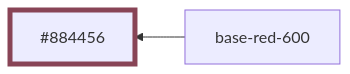
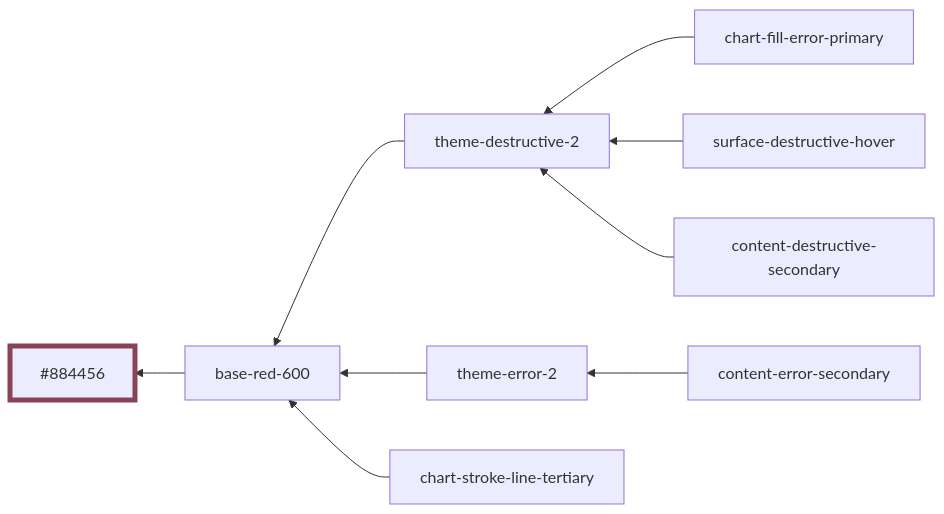
Diagram 12 of 29 in libs/ui/styles/themes/operator-mode.md (oxidecomputer/console), drawn with Mermaid before and after one commit. The commit also changed other lines of this file and 4 other files, not shown here.

````diff
--- a/libs/ui/styles/themes/operator-mode.md
+++ b/libs/ui/styles/themes/operator-mode.md
@@ -112,6 +166,13 @@
 ```mermaid
 graph RL
   base-red-600 --> #884456:::base-red-600
+  theme-destructive-2 --> base-red-600
+  theme-error-2 --> base-red-600
+  chart-stroke-line-tertiary --> base-red-600
+  chart-fill-error-primary --> theme-destructive-2
+  surface-destructive-hover --> theme-destructive-2
+  content-destructive-secondary --> theme-destructive-2
+  content-error-secondary --> theme-error-2
 
   classDef base-red-600 stroke-width:5,stroke:#884456
 ```
````
